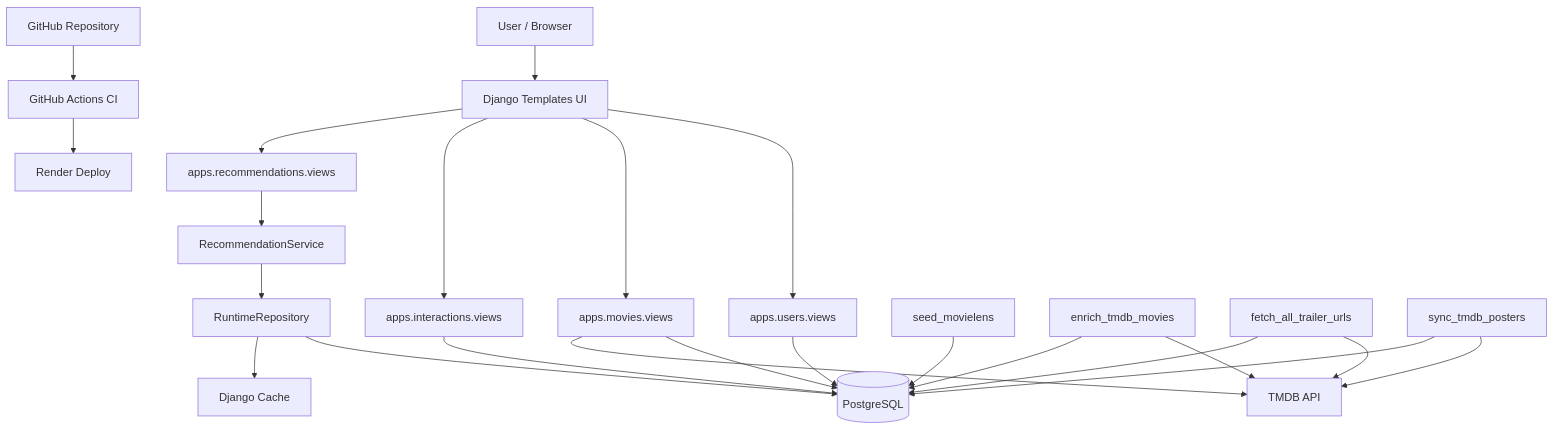
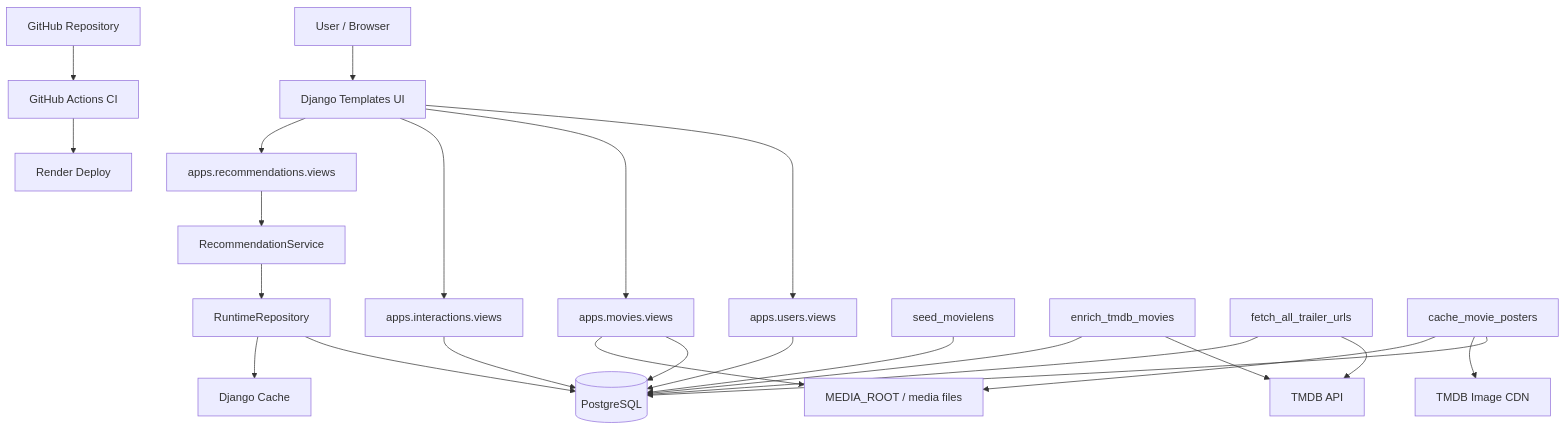
One commit to Rakhimboyev-FerUzbek/movie_recommender_dissertation changed the first of 6 diagrams in docs/07_ARCHITECTURE_AND_FLOWS.md. Above: the diagram before and after it, drawn with Mermaid. The commit also changed other lines of this file and 12 other files, not shown here.

````diff
--- a/docs/07_ARCHITECTURE_AND_FLOWS.md
+++ b/docs/07_ARCHITECTURE_AND_FLOWS.md
@@ -5,29 +5,31 @@
 ```mermaid
 flowchart TD
     U[User / Browser] --> T[Django Templates UI]
     T --> V1[apps.users.views]
     T --> V2[apps.movies.views]
     T --> V3[apps.interactions.views]
     T --> V4[apps.recommendations.views]
 
     V1 --> DB[(PostgreSQL)]
     V2 --> DB
     V3 --> DB
     V4 --> S[RecommendationService]
 
     S --> R[RuntimeRepository]
     R --> DB
     R --> C[Django Cache]
 
-    V2 --> TMDB[TMDB API]
+    V2 --> M[MEDIA_ROOT / media files]
+
     CMD1[seed_movielens] --> DB
-    CMD2[enrich_tmdb_movies] --> TMDB
+    CMD2[enrich_tmdb_movies] --> TMDB[TMDB API]
     CMD2 --> DB
     CMD3[fetch_all_trailer_urls] --> TMDB
     CMD3 --> DB
-    CMD4[sync_tmdb_posters] --> TMDB
-    CMD4 --> DB
+    CMD4[cache_movie_posters] --> DB
+    CMD4 --> IMG[TMDB Image CDN]
+    CMD4 --> M
 
     GH[GitHub Repository] --> CI[GitHub Actions CI]
     CI --> RD[Render Deploy]
 ```
````
